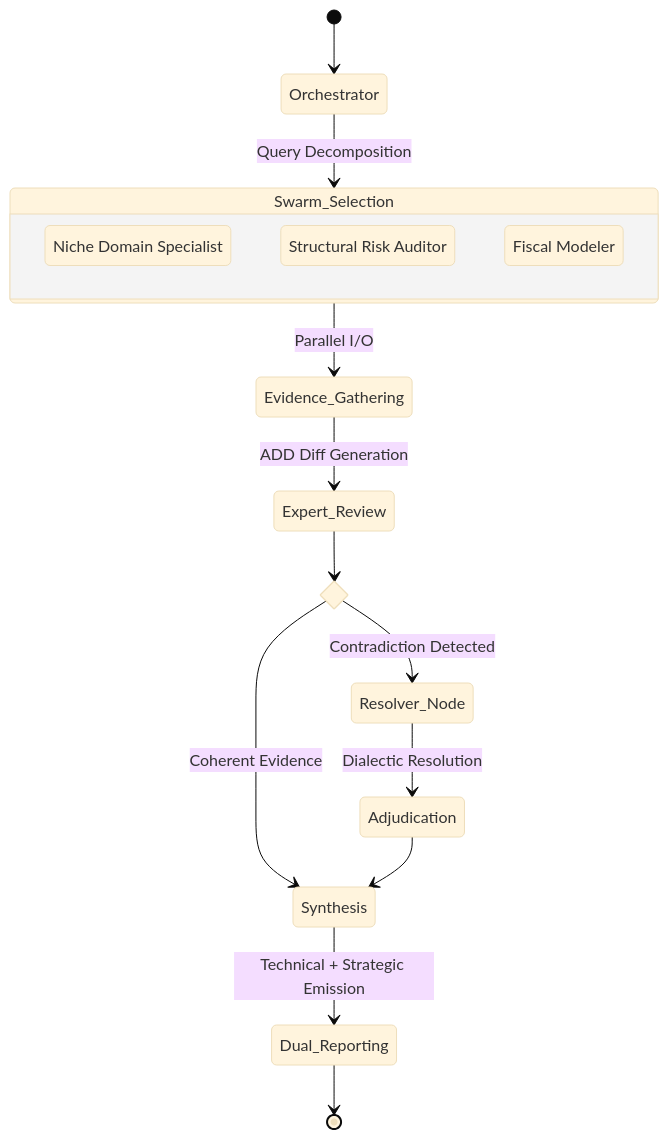
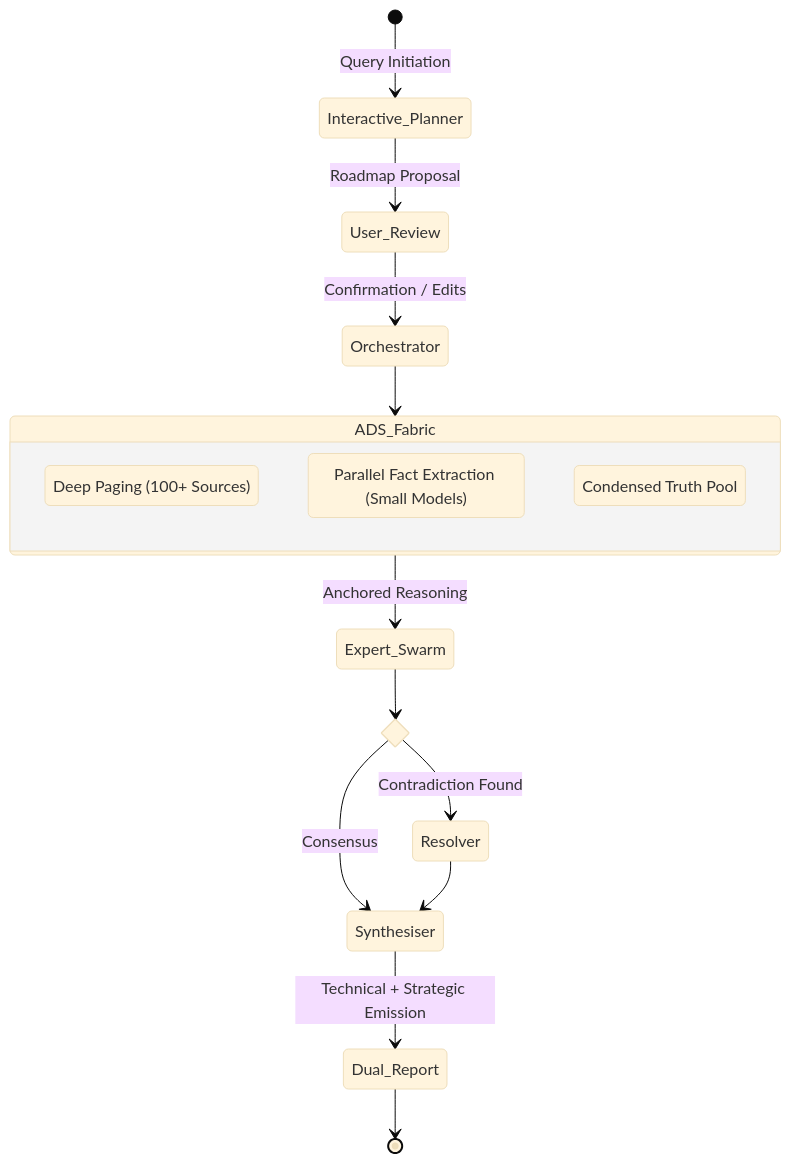
One commit to Jit-Paul-2008/Hexamind changed the diagram in README.md. Above: the diagram before and after it, drawn with Mermaid (base theme). The commit also changed other lines of this file and 1 other file, not shown here.

````diff
--- a/README.md
+++ b/README.md
@@ -30,26 +70,25 @@
 ```mermaid
 stateDiagram-v2
-    [*] --> Orchestrator
-    Orchestrator --> Swarm_Selection: Query Decomposition
+    [*] --> Interactive_Planner: Query Initiation
+    Interactive_Planner --> User_Review: Roadmap Proposal
+    User_Review --> Orchestrator: Confirmation / Edits
     
-    state Swarm_Selection {
-        Expert_A: Niche Domain Specialist
-        Expert_B: Structural Risk Auditor
-        Expert_C: Fiscal Modeler
+    state ADS_Fabric {
+        Layered_Search: Deep Paging (100+ Sources)
+        Distillation: Parallel Fact Extraction (Small Models)
+        Fact_Ledger: Condensed Truth Pool
     }
     
-    Swarm_Selection --> Evidence_Gathering: Parallel I/O
-    Evidence_Gathering --> Expert_Review: ADD Diff Generation
+    Orchestrator --> ADS_Fabric
+    ADS_Fabric --> Expert_Swarm: Anchored Reasoning
     
     state Logic_Gate <<choice>>
-    Expert_Review --> Logic_Gate
+    Expert_Swarm --> Logic_Gate
     
-    Logic_Gate --> Resolver_Node: Contradiction Detected
-    Logic_Gate --> Synthesis: Coherent Evidence
+    Logic_Gate --> Resolver: Contradiction Found
+    Logic_Gate --> Synthesiser: Consensus
     
-    Resolver_Node --> Adjudication: Dialectic Resolution
-    Adjudication --> Synthesis
-    
-    Synthesis --> Dual_Reporting: Technical + Strategic Emission
-    Dual_Reporting --> [*]
+    Resolver --> Synthesiser
+    Synthesiser --> Dual_Report: Technical + Strategic Emission
+    Dual_Report --> [*]
 ```
````
